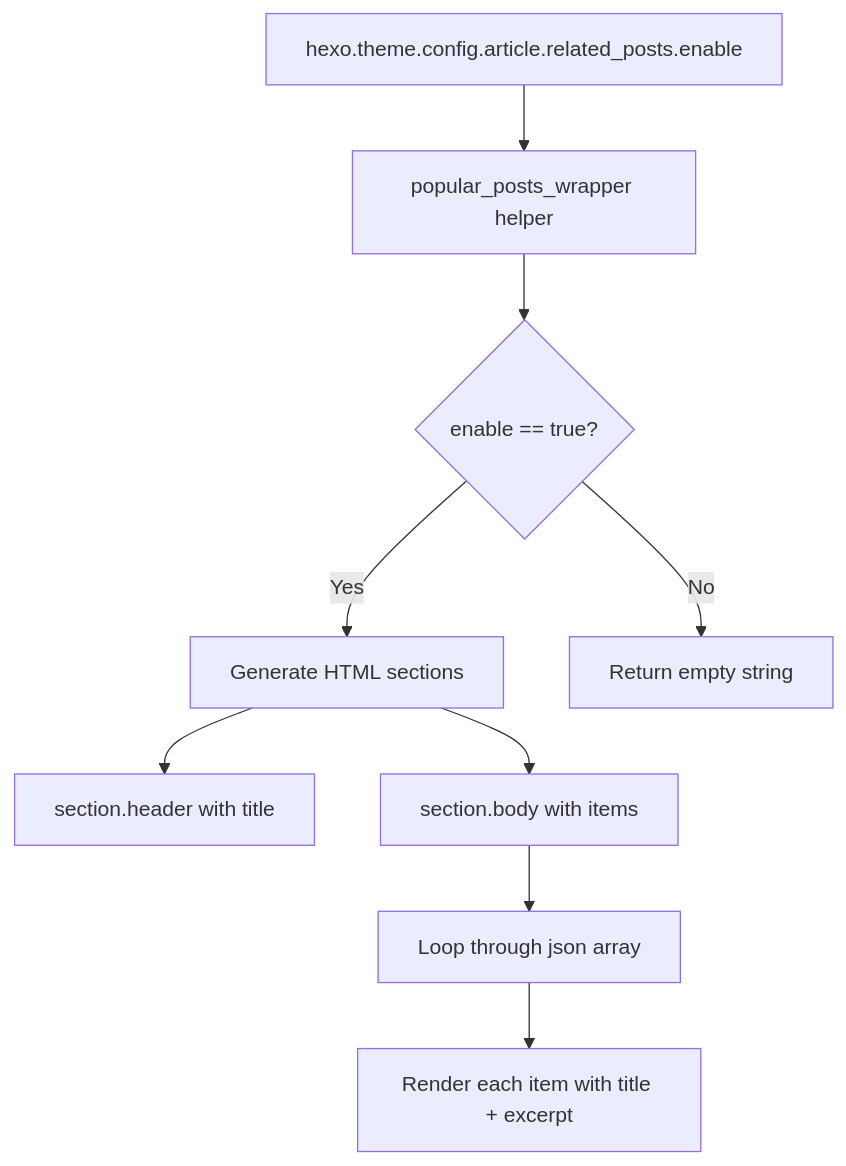
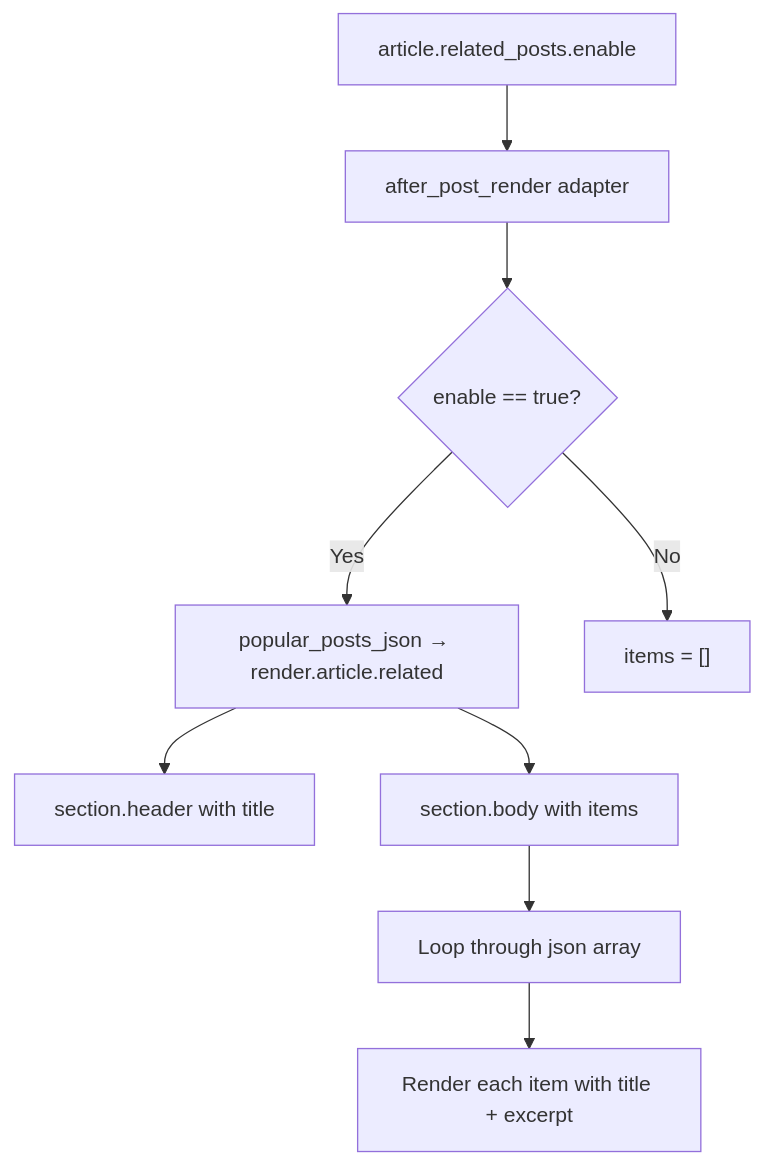
The first of 8 diagrams in docs/knowledge/03-内容系统/related-content.md (xaoxuu/hexo-theme-stellar), drawn with Mermaid before and after one commit. The commit also changed other lines of this file and 41 other files, not shown here.

````diff
--- a/docs/knowledge/03-内容系统/related-content.md
+++ b/docs/knowledge/03-内容系统/related-content.md
@@ -44,19 +47,19 @@
 ```mermaid
 flowchart TD
-    CONFIG["hexo.theme.config.article.related_posts.enable"]
-    HELPER["popular_posts_wrapper helper"]
+    CONFIG["article.related_posts.enable"]
+    HELPER["after_post_render adapter"]
     CHECK{"enable == true?"}
-    GENERATE["Generate HTML sections"]
-    RETURN["Return empty string"]
+    GENERATE["popular_posts_json → render.article.related"]
+    RETURN["items = []"]
     
     CONFIG --> HELPER
     HELPER --> CHECK
     CHECK -->|"Yes"| GENERATE
     CHECK -->|"No"| RETURN
     
     GENERATE --> HEADER["section.header with title"]
     GENERATE --> BODY["section.body with items"]
     
     BODY --> ITEMS["Loop through json array"]
     ITEMS --> ITEM["Render each item with title + excerpt"]
 ```
````
